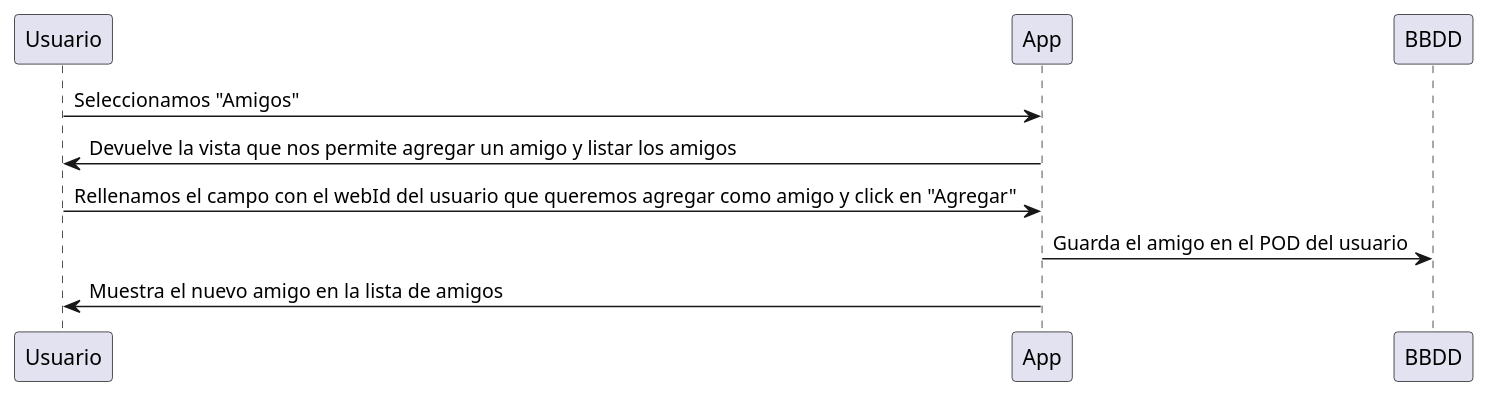
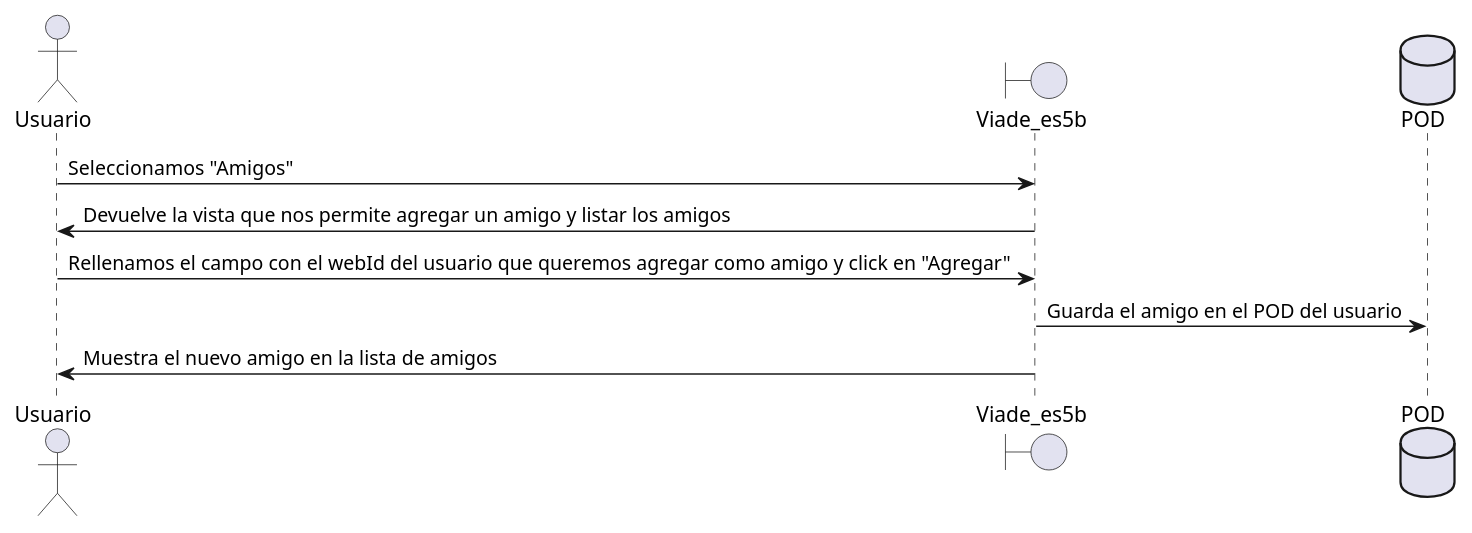
The fourth of 16 diagrams in src/docs/06_runtime_view.adoc (Arquisoft/viade_es5b), drawn with PlantUML before and after one commit. The commit also changed other lines of this file, not shown here.

Commit message:
Cambios a partir del escenario 1

```diff
--- a/src/docs/06_runtime_view.adoc
+++ b/src/docs/06_runtime_view.adoc
@@ -109,8 +118,11 @@
 [plantuml,"DiagramaAgregarAmigoExistente",png]
 ----
-Usuario -> App: Seleccionamos "Amigos"
-App -> Usuario: Devuelve la vista que nos permite agregar un amigo y listar los amigos
-Usuario -> App: Rellenamos el campo con el webId del usuario que queremos agregar como amigo y click en "Agregar"
-App -> BBDD: Guarda el amigo en el POD del usuario
-App -> Usuario: Muestra el nuevo amigo en la lista de amigos
+actor Usuario
+boundary Viade_es5b
+database POD
+Usuario -> Viade_es5b: Seleccionamos "Amigos"
+Viade_es5b -> Usuario: Devuelve la vista que nos permite agregar un amigo y listar los amigos
+Usuario -> Viade_es5b: Rellenamos el campo con el webId del usuario que queremos agregar como amigo y click en "Agregar"
+Viade_es5b -> POD: Guarda el amigo en el POD del usuario
+Viade_es5b -> Usuario: Muestra el nuevo amigo en la lista de amigos
 ----
```
